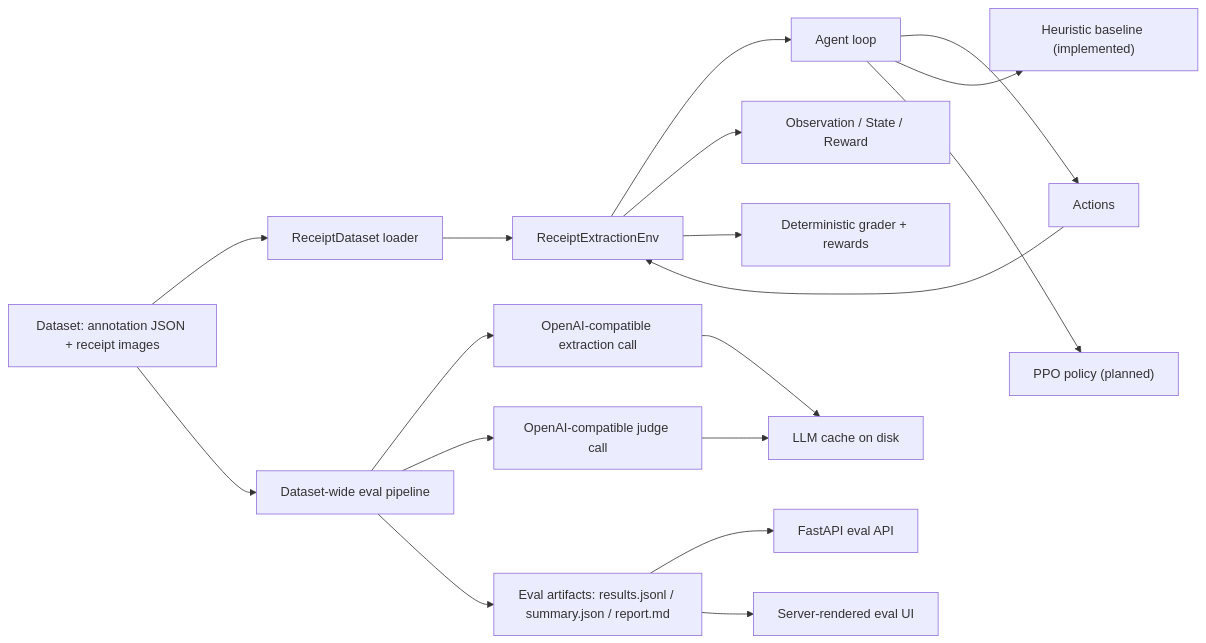
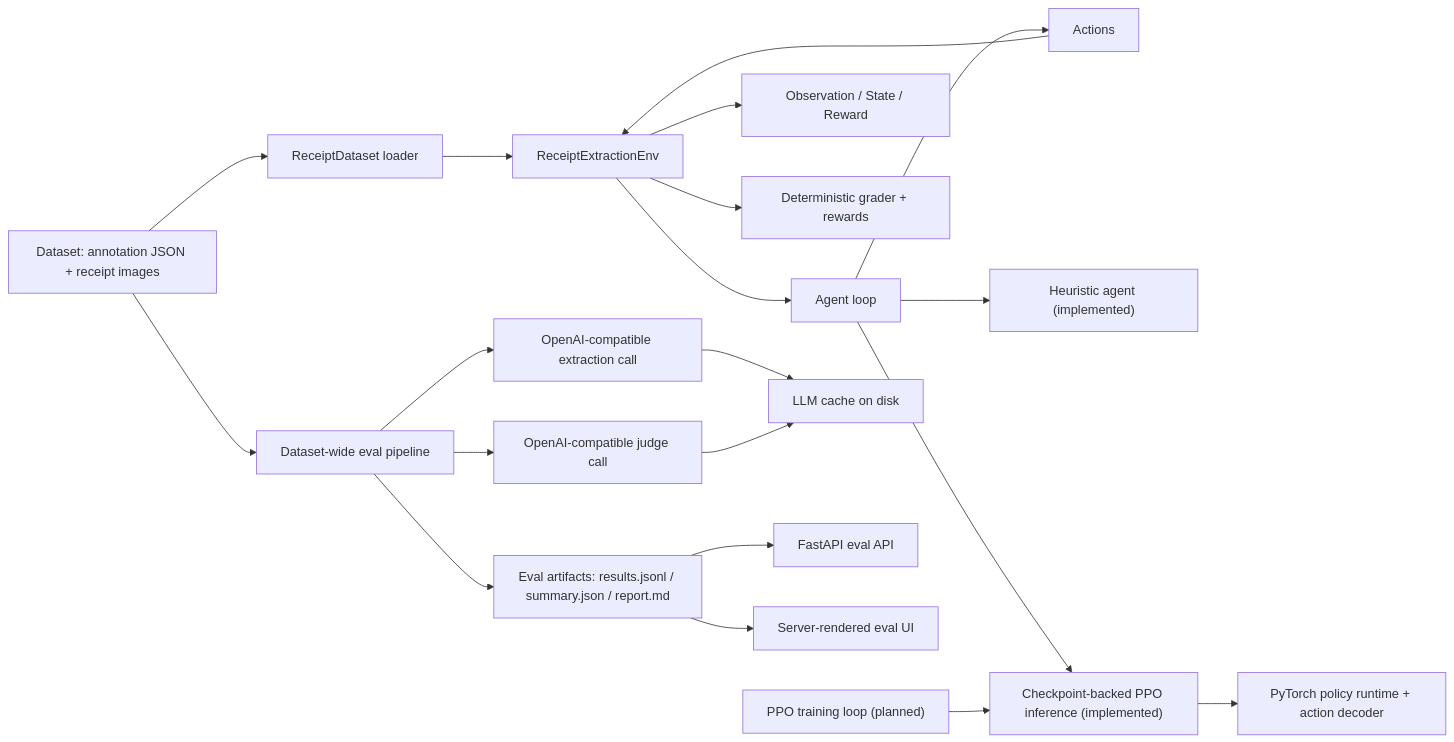
One commit to shamitv/RL-Reciept-OCR changed the diagram in docs/architecture/overall-system-architecture.md. Above: the diagram before and after it, drawn with Mermaid. The commit also changed other lines of this file and 5 other files, not shown here.

Commit message:
Update RL architecture documentation

````diff
--- a/docs/architecture/overall-system-architecture.md
+++ b/docs/architecture/overall-system-architecture.md
@@ -14,22 +14,24 @@
 ```mermaid
 flowchart LR
     A["Dataset: annotation JSON + receipt images"] --> B["ReceiptDataset loader"]
     B --> C["ReceiptExtractionEnv"]
     C --> D["Agent loop"]
     D --> E["Actions"]
     E --> C
     C --> F["Observation / State / Reward"]
     C --> G["Deterministic grader + rewards"]
 
-    D --> H["Heuristic baseline (implemented)"]
-    D --> I["PPO policy (planned)"]
+    D --> H["Heuristic agent (implemented)"]
+    D --> I["Checkpoint-backed PPO inference (implemented)"]
+    I --> Q["PyTorch policy runtime + action decoder"]
+    R["PPO training loop (planned)"] --> I
 
     A --> J["Dataset-wide eval pipeline"]
     J --> K["OpenAI-compatible extraction call"]
     J --> L["OpenAI-compatible judge call"]
     K --> M["LLM cache on disk"]
     L --> M
     J --> N["Eval artifacts: results.jsonl / summary.json / report.md"]
     N --> O["FastAPI eval API"]
     N --> P["Server-rendered eval UI"]
 ```
````
